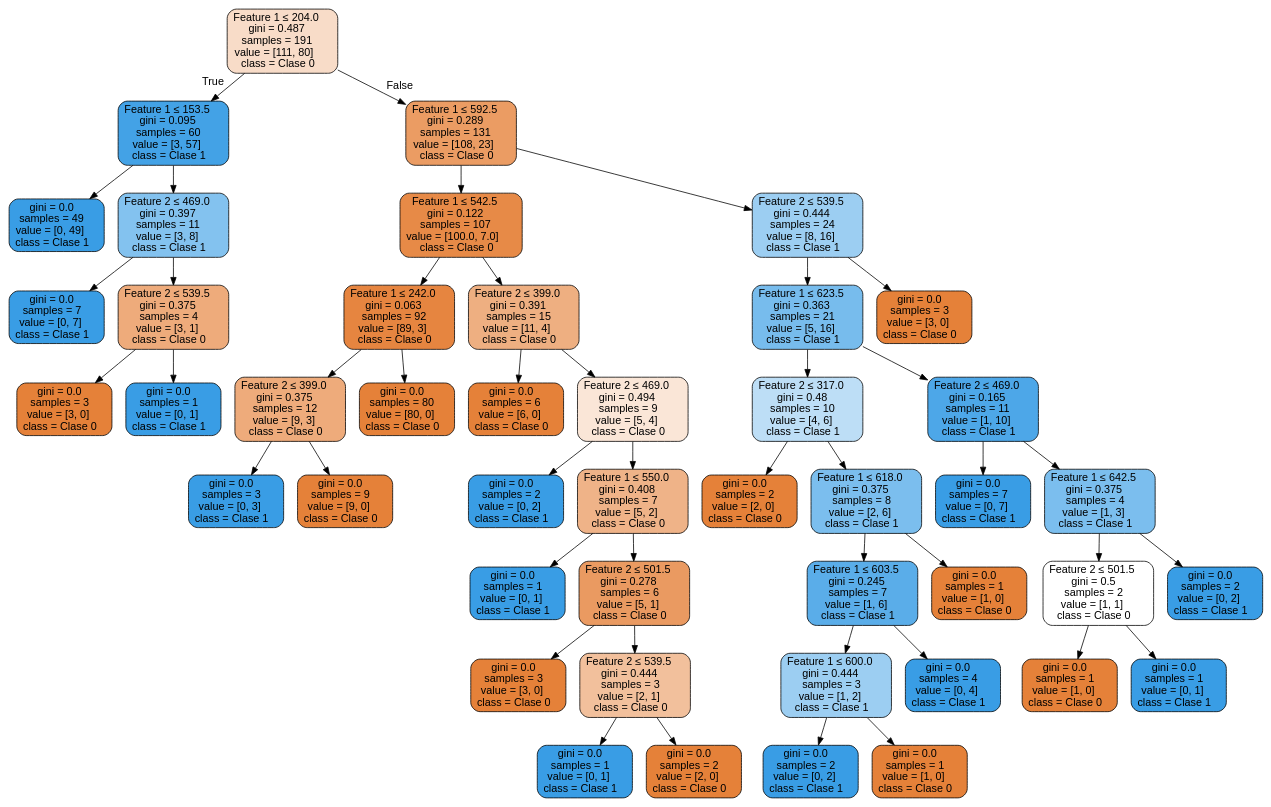
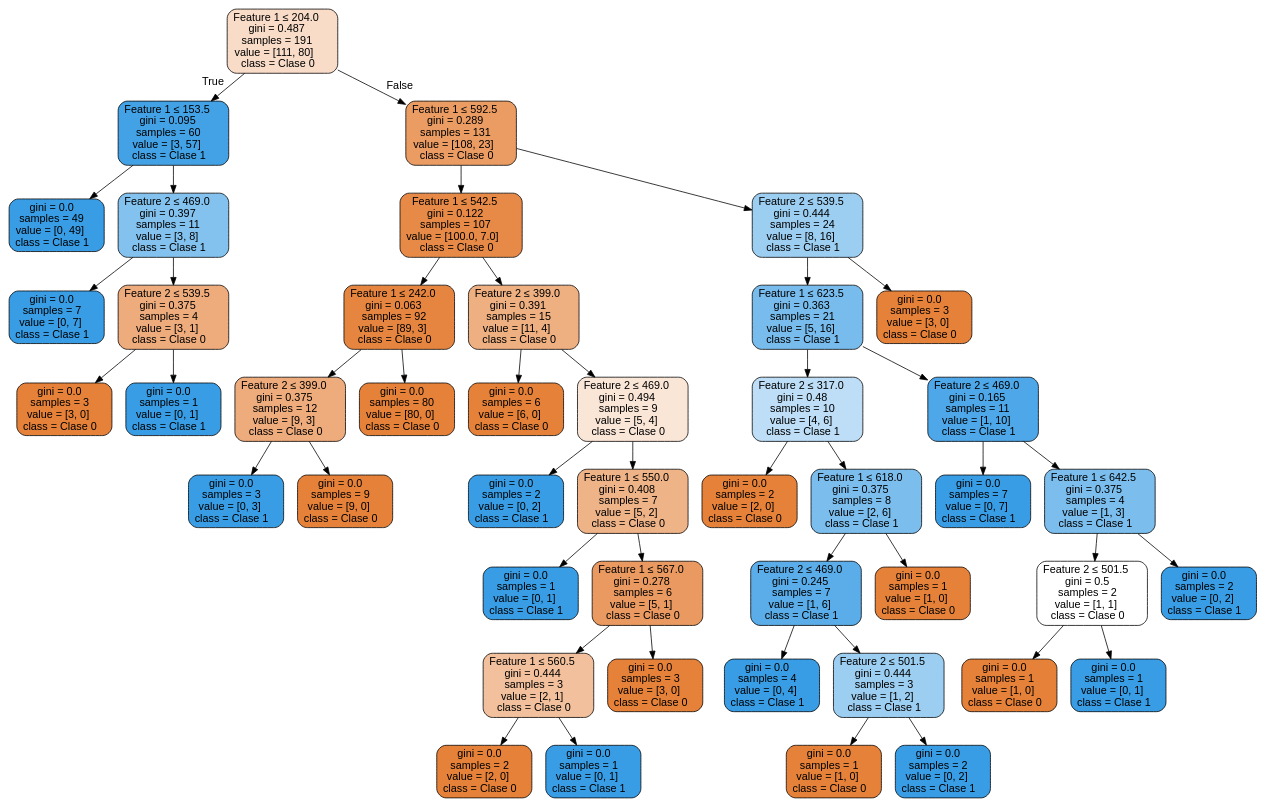
Before and after one commit to eAlcaraz85/IA.io: the diagram in Source.gv, drawn with Graphviz. The commit also changed 7 other files, not shown here.

```diff
--- a/Source.gv
+++ b/Source.gv
@@ -1,93 +1,93 @@
 digraph Tree {
 node [shape=box, style="filled, rounded", color="black", fontname="helvetica"] ;
 edge [fontname="helvetica"] ;
 0 [label=<Feature 1 &le; 204.0<br/>gini = 0.487<br/>samples = 191<br/>value = [111, 80]<br/>class = Clase 0>, fillcolor="#f8dcc8"] ;
 1 [label=<Feature 1 &le; 153.5<br/>gini = 0.095<br/>samples = 60<br/>value = [3, 57]<br/>class = Clase 1>, fillcolor="#43a2e6"] ;
 0 -> 1 [labeldistance=2.5, labelangle=45, headlabel="True"] ;
 2 [label=<gini = 0.0<br/>samples = 49<br/>value = [0, 49]<br/>class = Clase 1>, fillcolor="#399de5"] ;
 1 -> 2 ;
 3 [label=<Feature 2 &le; 469.0<br/>gini = 0.397<br/>samples = 11<br/>value = [3, 8]<br/>class = Clase 1>, fillcolor="#83c2ef"] ;
 1 -> 3 ;
 4 [label=<gini = 0.0<br/>samples = 7<br/>value = [0, 7]<br/>class = Clase 1>, fillcolor="#399de5"] ;
 3 -> 4 ;
 5 [label=<Feature 2 &le; 539.5<br/>gini = 0.375<br/>samples = 4<br/>value = [3, 1]<br/>class = Clase 0>, fillcolor="#eeab7b"] ;
 3 -> 5 ;
 6 [label=<gini = 0.0<br/>samples = 3<br/>value = [3, 0]<br/>class = Clase 0>, fillcolor="#e58139"] ;
 5 -> 6 ;
 7 [label=<gini = 0.0<br/>samples = 1<br/>value = [0, 1]<br/>class = Clase 1>, fillcolor="#399de5"] ;
 5 -> 7 ;
 8 [label=<Feature 1 &le; 592.5<br/>gini = 0.289<br/>samples = 131<br/>value = [108, 23]<br/>class = Clase 0>, fillcolor="#eb9c63"] ;
 0 -> 8 [labeldistance=2.5, labelangle=-45, headlabel="False"] ;
 9 [label=<Feature 1 &le; 542.5<br/>gini = 0.122<br/>samples = 107<br/>value = [100.0, 7.0]<br/>class = Clase 0>, fillcolor="#e78a47"] ;
 8 -> 9 ;
 10 [label=<Feature 1 &le; 242.0<br/>gini = 0.063<br/>samples = 92<br/>value = [89, 3]<br/>class = Clase 0>, fillcolor="#e68540"] ;
 9 -> 10 ;
 11 [label=<Feature 2 &le; 399.0<br/>gini = 0.375<br/>samples = 12<br/>value = [9, 3]<br/>class = Clase 0>, fillcolor="#eeab7b"] ;
 10 -> 11 ;
 12 [label=<gini = 0.0<br/>samples = 3<br/>value = [0, 3]<br/>class = Clase 1>, fillcolor="#399de5"] ;
 11 -> 12 ;
 13 [label=<gini = 0.0<br/>samples = 9<br/>value = [9, 0]<br/>class = Clase 0>, fillcolor="#e58139"] ;
 11 -> 13 ;
 14 [label=<gini = 0.0<br/>samples = 80<br/>value = [80, 0]<br/>class = Clase 0>, fillcolor="#e58139"] ;
 10 -> 14 ;
 15 [label=<Feature 2 &le; 399.0<br/>gini = 0.391<br/>samples = 15<br/>value = [11, 4]<br/>class = Clase 0>, fillcolor="#eeaf81"] ;
 9 -> 15 ;
 16 [label=<gini = 0.0<br/>samples = 6<br/>value = [6, 0]<br/>class = Clase 0>, fillcolor="#e58139"] ;
 15 -> 16 ;
 17 [label=<Feature 2 &le; 469.0<br/>gini = 0.494<br/>samples = 9<br/>value = [5, 4]<br/>class = Clase 0>, fillcolor="#fae6d7"] ;
 15 -> 17 ;
 18 [label=<gini = 0.0<br/>samples = 2<br/>value = [0, 2]<br/>class = Clase 1>, fillcolor="#399de5"] ;
 17 -> 18 ;
 19 [label=<Feature 1 &le; 550.0<br/>gini = 0.408<br/>samples = 7<br/>value = [5, 2]<br/>class = Clase 0>, fillcolor="#efb388"] ;
 17 -> 19 ;
 20 [label=<gini = 0.0<br/>samples = 1<br/>value = [0, 1]<br/>class = Clase 1>, fillcolor="#399de5"] ;
 19 -> 20 ;
-21 [label=<Feature 2 &le; 501.5<br/>gini = 0.278<br/>samples = 6<br/>value = [5, 1]<br/>class = Clase 0>, fillcolor="#ea9a61"] ;
+21 [label=<Feature 1 &le; 567.0<br/>gini = 0.278<br/>samples = 6<br/>value = [5, 1]<br/>class = Clase 0>, fillcolor="#ea9a61"] ;
 19 -> 21 ;
-22 [label=<gini = 0.0<br/>samples = 3<br/>value = [3, 0]<br/>class = Clase 0>, fillcolor="#e58139"] ;
+22 [label=<Feature 1 &le; 560.5<br/>gini = 0.444<br/>samples = 3<br/>value = [2, 1]<br/>class = Clase 0>, fillcolor="#f2c09c"] ;
 21 -> 22 ;
-23 [label=<Feature 2 &le; 539.5<br/>gini = 0.444<br/>samples = 3<br/>value = [2, 1]<br/>class = Clase 0>, fillcolor="#f2c09c"] ;
-21 -> 23 ;
+23 [label=<gini = 0.0<br/>samples = 2<br/>value = [2, 0]<br/>class = Clase 0>, fillcolor="#e58139"] ;
+22 -> 23 ;
 24 [label=<gini = 0.0<br/>samples = 1<br/>value = [0, 1]<br/>class = Clase 1>, fillcolor="#399de5"] ;
-23 -> 24 ;
-25 [label=<gini = 0.0<br/>samples = 2<br/>value = [2, 0]<br/>class = Clase 0>, fillcolor="#e58139"] ;
-23 -> 25 ;
+22 -> 24 ;
+25 [label=<gini = 0.0<br/>samples = 3<br/>value = [3, 0]<br/>class = Clase 0>, fillcolor="#e58139"] ;
+21 -> 25 ;
 26 [label=<Feature 2 &le; 539.5<br/>gini = 0.444<br/>samples = 24<br/>value = [8, 16]<br/>class = Clase 1>, fillcolor="#9ccef2"] ;
 8 -> 26 ;
 27 [label=<Feature 1 &le; 623.5<br/>gini = 0.363<br/>samples = 21<br/>value = [5, 16]<br/>class = Clase 1>, fillcolor="#77bced"] ;
 26 -> 27 ;
 28 [label=<Feature 2 &le; 317.0<br/>gini = 0.48<br/>samples = 10<br/>value = [4, 6]<br/>class = Clase 1>, fillcolor="#bddef6"] ;
 27 -> 28 ;
 29 [label=<gini = 0.0<br/>samples = 2<br/>value = [2, 0]<br/>class = Clase 0>, fillcolor="#e58139"] ;
 28 -> 29 ;
 30 [label=<Feature 1 &le; 618.0<br/>gini = 0.375<br/>samples = 8<br/>value = [2, 6]<br/>class = Clase 1>, fillcolor="#7bbeee"] ;
 28 -> 30 ;
-31 [label=<Feature 1 &le; 603.5<br/>gini = 0.245<br/>samples = 7<br/>value = [1, 6]<br/>class = Clase 1>, fillcolor="#5aade9"] ;
+31 [label=<Feature 2 &le; 469.0<br/>gini = 0.245<br/>samples = 7<br/>value = [1, 6]<br/>class = Clase 1>, fillcolor="#5aade9"] ;
 30 -> 31 ;
-32 [label=<Feature 1 &le; 600.0<br/>gini = 0.444<br/>samples = 3<br/>value = [1, 2]<br/>class = Clase 1>, fillcolor="#9ccef2"] ;
+32 [label=<gini = 0.0<br/>samples = 4<br/>value = [0, 4]<br/>class = Clase 1>, fillcolor="#399de5"] ;
 31 -> 32 ;
-33 [label=<gini = 0.0<br/>samples = 2<br/>value = [0, 2]<br/>class = Clase 1>, fillcolor="#399de5"] ;
-32 -> 33 ;
+33 [label=<Feature 2 &le; 501.5<br/>gini = 0.444<br/>samples = 3<br/>value = [1, 2]<br/>class = Clase 1>, fillcolor="#9ccef2"] ;
+31 -> 33 ;
 34 [label=<gini = 0.0<br/>samples = 1<br/>value = [1, 0]<br/>class = Clase 0>, fillcolor="#e58139"] ;
-32 -> 34 ;
-35 [label=<gini = 0.0<br/>samples = 4<br/>value = [0, 4]<br/>class = Clase 1>, fillcolor="#399de5"] ;
-31 -> 35 ;
+33 -> 34 ;
+35 [label=<gini = 0.0<br/>samples = 2<br/>value = [0, 2]<br/>class = Clase 1>, fillcolor="#399de5"] ;
+33 -> 35 ;
 36 [label=<gini = 0.0<br/>samples = 1<br/>value = [1, 0]<br/>class = Clase 0>, fillcolor="#e58139"] ;
 30 -> 36 ;
 37 [label=<Feature 2 &le; 469.0<br/>gini = 0.165<br/>samples = 11<br/>value = [1, 10]<br/>class = Clase 1>, fillcolor="#4da7e8"] ;
 27 -> 37 ;
 38 [label=<gini = 0.0<br/>samples = 7<br/>value = [0, 7]<br/>class = Clase 1>, fillcolor="#399de5"] ;
 37 -> 38 ;
 39 [label=<Feature 1 &le; 642.5<br/>gini = 0.375<br/>samples = 4<br/>value = [1, 3]<br/>class = Clase 1>, fillcolor="#7bbeee"] ;
 37 -> 39 ;
 40 [label=<Feature 2 &le; 501.5<br/>gini = 0.5<br/>samples = 2<br/>value = [1, 1]<br/>class = Clase 0>, fillcolor="#ffffff"] ;
 39 -> 40 ;
 41 [label=<gini = 0.0<br/>samples = 1<br/>value = [1, 0]<br/>class = Clase 0>, fillcolor="#e58139"] ;
 40 -> 41 ;
 42 [label=<gini = 0.0<br/>samples = 1<br/>value = [0, 1]<br/>class = Clase 1>, fillcolor="#399de5"] ;
 40 -> 42 ;
 43 [label=<gini = 0.0<br/>samples = 2<br/>value = [0, 2]<br/>class = Clase 1>, fillcolor="#399de5"] ;
 39 -> 43 ;
 44 [label=<gini = 0.0<br/>samples = 3<br/>value = [3, 0]<br/>class = Clase 0>, fillcolor="#e58139"] ;
 26 -> 44 ;
 }
```
